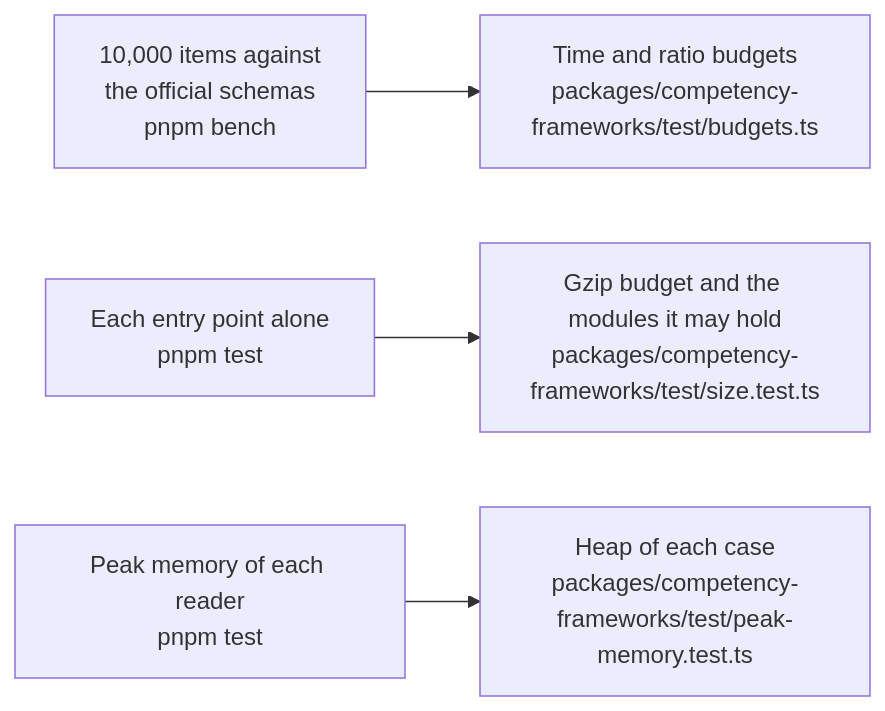
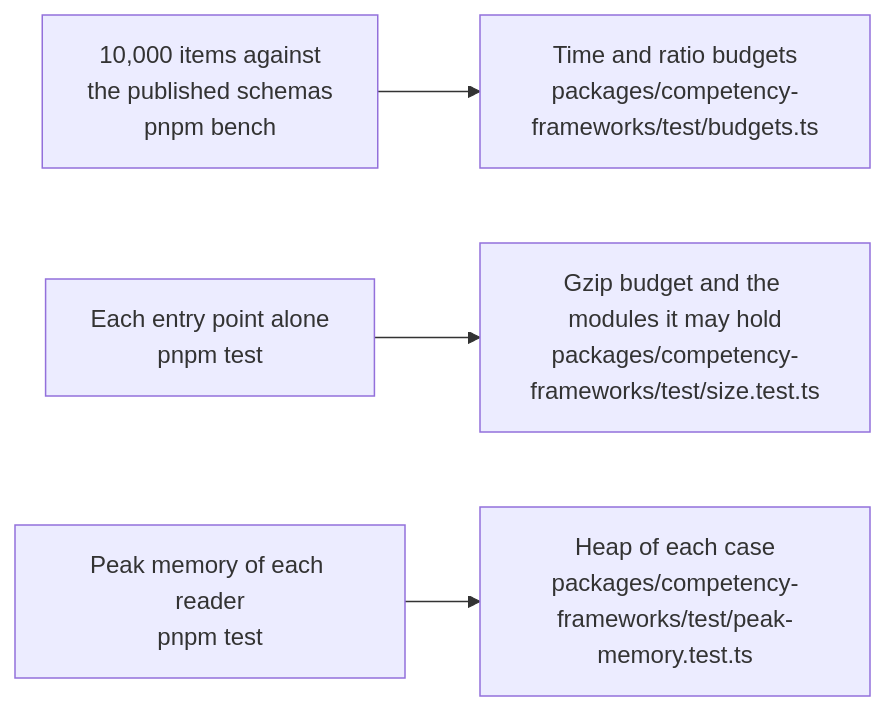
The diagram in docs/competency-frameworks/performance.md (interopkit/interopkit), drawn with Mermaid before and after one commit. The commit also changed other lines of this file and 81 other files, not shown here.

````diff
--- a/docs/competency-frameworks/performance.md
+++ b/docs/competency-frameworks/performance.md
@@ -5,6 +5,6 @@
 ```mermaid
 flowchart LR
-  speed["10,000 items against<br/>the official schemas<br/>pnpm bench"] --> time["Time and ratio budgets<br/>packages/competency-frameworks/test/budgets.ts"]
+  speed["10,000 items against<br/>the published schemas<br/>pnpm bench"] --> time["Time and ratio budgets<br/>packages/competency-frameworks/test/budgets.ts"]
   size["Each entry point alone<br/>pnpm test"] --> gzip["Gzip budget and the modules it may hold<br/>packages/competency-frameworks/test/size.test.ts"]
   memory["Peak memory of each reader<br/>pnpm test"] --> heap["Heap of each case<br/>packages/competency-frameworks/test/peak-memory.test.ts"]
 ```
````
